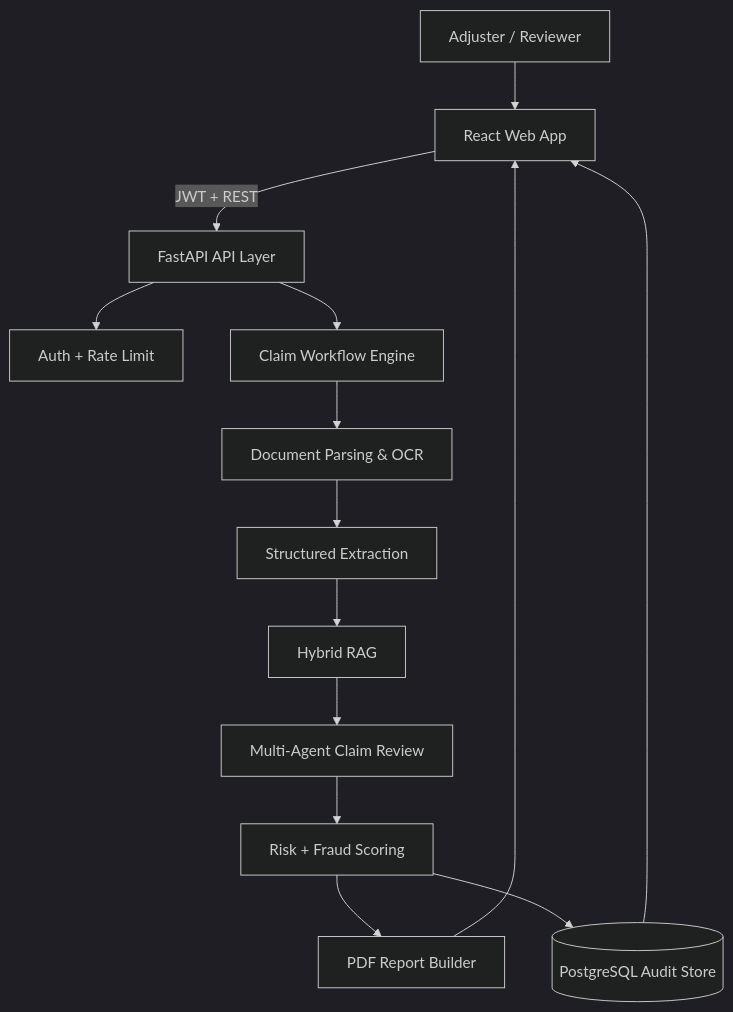
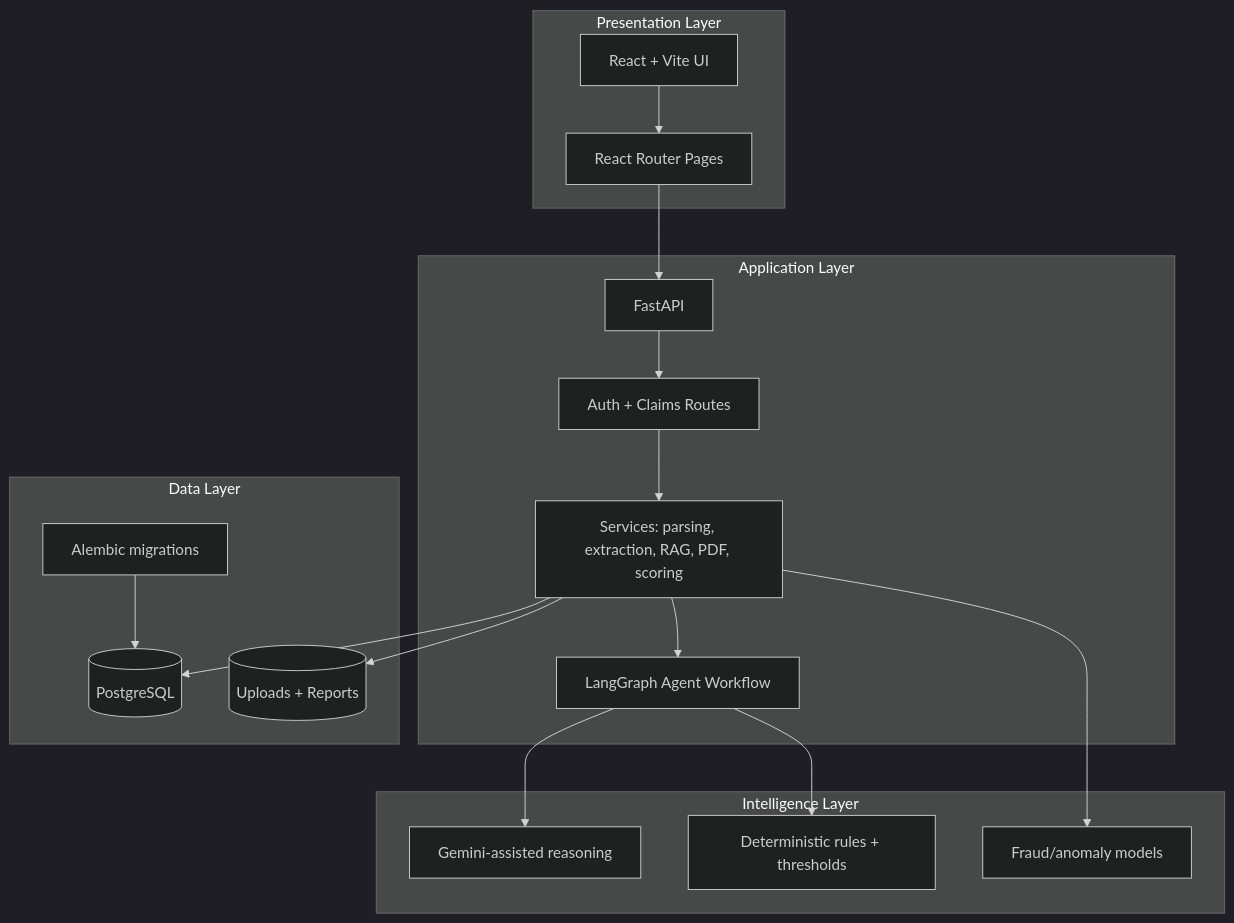
One commit to ykjaat6104/ClaimSense---A-Multi-Agent-Insurance-Claim-Auditing-Crew-System changed the first of 4 diagrams in README.md. Above: the diagram before and after it, drawn with Mermaid (dark theme). The commit also changed other lines of this file, not shown here.

````diff
--- a/README.md
+++ b/README.md
@@ -26,16 +97,36 @@
 ```mermaid
 flowchart TB
-  U[Adjuster / Reviewer] --> W[React Web App]
-  W -->|JWT + REST| API[FastAPI API Layer]
-  API --> AUTH[Auth + Rate Limit]
-  API --> PIPE[Claim Workflow Engine]
-  PIPE --> EX[Document Parsing & OCR]
-  EX --> STR[Structured Extraction]
-  STR --> RAG[Hybrid RAG]
-  RAG --> AG[Multi-Agent Claim Review]
-  AG --> SCORE[Risk + Fraud Scoring]
-  SCORE --> PDF[PDF Report Builder]
-  SCORE --> DB[(PostgreSQL Audit Store)]
-  PDF --> W
-  DB --> W
+  subgraph L1[Presentation Layer]
+    UI[React + Vite UI]
+    ROUTER[React Router Pages]
+  end
+
+  subgraph L2[Application Layer]
+    FASTAPI[FastAPI]
+    ROUTES[Auth + Claims Routes]
+    SVC[Services: parsing, extraction, RAG, PDF, scoring]
+    AGENTS[LangGraph Agent Workflow]
+  end
+
+  subgraph L3[Intelligence Layer]
+    LLM[Gemini-assisted reasoning]
+    RULES[Deterministic rules + thresholds]
+    ML[Fraud/anomaly models]
+  end
+
+  subgraph L4[Data Layer]
+    PG[(PostgreSQL)]
+    FILES[(Uploads + Reports)]
+    MIG[Alembic migrations]
+  end
+
+  UI --> ROUTER --> FASTAPI
+  FASTAPI --> ROUTES --> SVC
+  SVC --> AGENTS
+  AGENTS --> LLM
+  AGENTS --> RULES
+  SVC --> ML
+  SVC --> PG
+  SVC --> FILES
+  MIG --> PG
 ```
````
